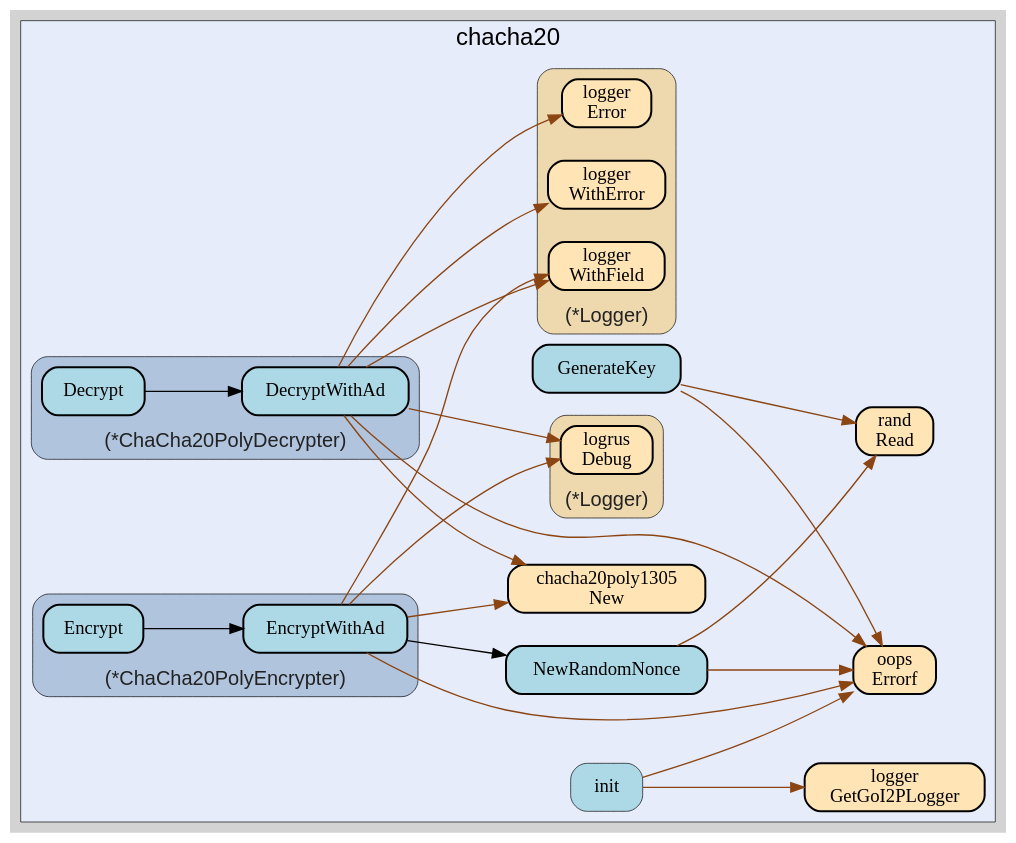
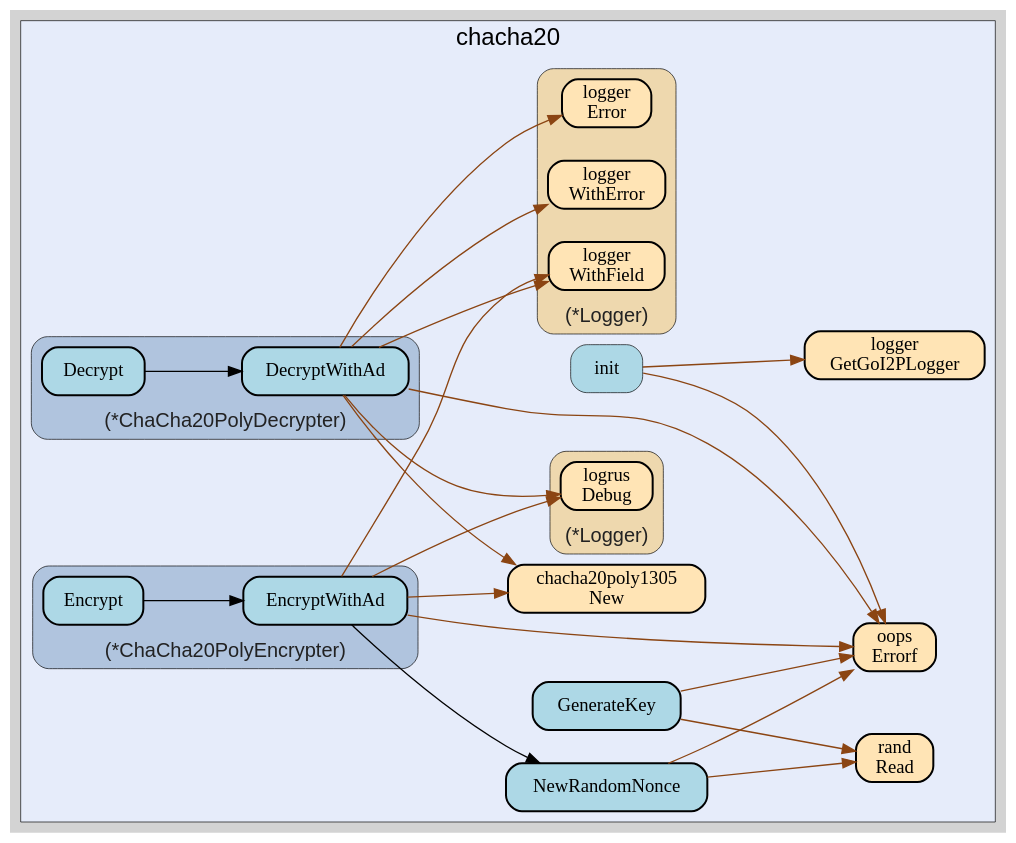
Before and after one commit to go-i2p/crypto: the diagram in chacha20/chacha20.gv, drawn with Graphviz. The commit also changed 35 other files, not shown here.

```diff
--- a/chacha20/chacha20.gv
+++ b/chacha20/chacha20.gv
@@ -14,99 +14,99 @@
     edge [minlen="2"]
 
     subgraph "cluster_focus" {
-        labeljust="c";
+        labelloc="t";
+labeljust="c";
 fontsize="18";
 bgcolor="#e6ecfa";
 label="chacha20";
-labelloc="t";
         
-        "github.com/go-i2p/crypto/chacha20.GenerateKey" [ fillcolor="lightblue" label="GenerateKey" penwidth="1.5" tooltip="github.com/go-i2p/crypto/chacha20.GenerateKey | defined in chacha20_key.go:10\nat chacha20_key.go:12: calling [github.com/go-i2p/crypto/rand.Read]\nat chacha20_key.go:14: calling [github.com/samber/oops.Errorf]" ]
+        "github.com/samber/oops.Errorf" [ label="oops\nErrorf" penwidth="1.5" tooltip="github.com/samber/oops.Errorf | defined in oops.go:34" fillcolor="moccasin" ]
+        "golang.org/x/crypto/chacha20poly1305.New" [ tooltip="golang.org/x/crypto/chacha20poly1305.New | defined in chacha20poly1305.go:40" fillcolor="moccasin" label="chacha20poly1305\nNew" penwidth="1.5" ]
+        "github.com/go-i2p/crypto/chacha20.init" [ label="init" penwidth="0.5" tooltip="github.com/go-i2p/crypto/chacha20.init | defined in .:0\nat constants.go:10: calling [github.com/go-i2p/logger.GetGoI2PLogger]\nat constants.go:23: calling [github.com/samber/oops.Errorf]\nat constants.go:24: calling [github.com/samber/oops.Errorf]\nat constants.go:25: calling [github.com/samber/oops.Errorf]\nat constants.go:26: calling [github.com/samber/oops.Errorf]\nat constants.go:27: calling [github.com/samber/oops.Errorf]" fillcolor="lightblue" ]
+        "github.com/go-i2p/logger.GetGoI2PLogger" [ label="logger\nGetGoI2PLogger" penwidth="1.5" tooltip="github.com/go-i2p/logger.GetGoI2PLogger | defined in log.go:120" fillcolor="moccasin" ]
+        "github.com/go-i2p/crypto/chacha20.NewRandomNonce" [ tooltip="github.com/go-i2p/crypto/chacha20.NewRandomNonce | defined in utils.go:11\nat utils.go:15: calling [github.com/samber/oops.Errorf]\nat utils.go:13: calling [github.com/go-i2p/crypto/rand.Read]" fillcolor="lightblue" label="NewRandomNonce" penwidth="1.5" ]
         "github.com/go-i2p/crypto/rand.Read" [ fillcolor="moccasin" label="rand\nRead" penwidth="1.5" tooltip="github.com/go-i2p/crypto/rand.Read | defined in secure_reader.go:150" ]
-        "github.com/samber/oops.Errorf" [ fillcolor="moccasin" label="oops\nErrorf" penwidth="1.5" tooltip="github.com/samber/oops.Errorf | defined in oops.go:34" ]
-        "golang.org/x/crypto/chacha20poly1305.New" [ fillcolor="moccasin" label="chacha20poly1305\nNew" penwidth="1.5" tooltip="golang.org/x/crypto/chacha20poly1305.New | defined in chacha20poly1305.go:40" ]
-        "github.com/go-i2p/crypto/chacha20.NewRandomNonce" [ fillcolor="lightblue" label="NewRandomNonce" penwidth="1.5" tooltip="github.com/go-i2p/crypto/chacha20.NewRandomNonce | defined in utils.go:11\nat utils.go:13: calling [github.com/go-i2p/crypto/rand.Read]\nat utils.go:15: calling [github.com/samber/oops.Errorf]" ]
-        "github.com/go-i2p/crypto/chacha20.init" [ tooltip="github.com/go-i2p/crypto/chacha20.init | defined in .:0\nat constants.go:10: calling [github.com/go-i2p/logger.GetGoI2PLogger]\nat constants.go:23: calling [github.com/samber/oops.Errorf]\nat constants.go:24: calling [github.com/samber/oops.Errorf]\nat constants.go:25: calling [github.com/samber/oops.Errorf]\nat constants.go:26: calling [github.com/samber/oops.Errorf]\nat constants.go:27: calling [github.com/samber/oops.Errorf]" fillcolor="lightblue" label="init" penwidth="0.5" ]
-        "github.com/go-i2p/logger.GetGoI2PLogger" [ fillcolor="moccasin" label="logger\nGetGoI2PLogger" penwidth="1.5" tooltip="github.com/go-i2p/logger.GetGoI2PLogger | defined in log.go:120" ]
+        "github.com/go-i2p/crypto/chacha20.GenerateKey" [ tooltip="github.com/go-i2p/crypto/chacha20.GenerateKey | defined in chacha20_key.go:10\nat chacha20_key.go:12: calling [github.com/go-i2p/crypto/rand.Read]\nat chacha20_key.go:14: calling [github.com/samber/oops.Errorf]" fillcolor="lightblue" label="GenerateKey" penwidth="1.5" ]
         
         subgraph "cluster_*github.com/go-i2p/crypto/chacha20.ChaCha20PolyDecrypter" {
-        penwidth="0.5";
-fontcolor="#222222";
+        fontsize="15";
 labelloc="b";
+style="rounded,filled";
 fillcolor="lightsteelblue";
 tooltip="type: *github.com/go-i2p/crypto/chacha20.ChaCha20PolyDecrypter";
-fontsize="15";
-style="rounded,filled";
+penwidth="0.5";
+fontcolor="#222222";
 label="(*ChaCha20PolyDecrypter)";
         
-        "(*github.com/go-i2p/crypto/chacha20.ChaCha20PolyDecrypter).DecryptWithAd" [ fillcolor="lightblue" label="DecryptWithAd" penwidth="1.5" tooltip="(*github.com/go-i2p/crypto/chacha20.ChaCha20PolyDecrypter).DecryptWithAd | defined in chacha20_decrypter.go:20\nat chacha20_decrypter.go:21: calling [(*github.com/sirupsen/logrus.Logger).Debug]\nat chacha20_decrypter.go:45: calling [(*github.com/sirupsen/logrus.Logger).Debug]\nat chacha20_decrypter.go:25: calling [github.com/samber/oops.Errorf]\nat chacha20_decrypter.go:31: calling [github.com/samber/oops.Errorf]\nat chacha20_decrypter.go:41: calling [(*github.com/go-i2p/logger.Logger).Error]\nat chacha20_decrypter.go:21: calling [(*github.com/go-i2p/logger.Logger).WithField]\nat chacha20_decrypter.go:45: calling [(*github.com/go-i2p/logger.Logger).WithField]\nat chacha20_decrypter.go:29: calling [golang.org/x/crypto/chacha20poly1305.New]\nat chacha20_decrypter.go:41: calling [(*github.com/go-i2p/logger.Logger).WithError]" ]
+        "(*github.com/go-i2p/crypto/chacha20.ChaCha20PolyDecrypter).DecryptWithAd" [ tooltip="(*github.com/go-i2p/crypto/chacha20.ChaCha20PolyDecrypter).DecryptWithAd | defined in chacha20_decrypter.go:20\nat chacha20_decrypter.go:21: calling [(*github.com/go-i2p/logger.Logger).WithField]\nat chacha20_decrypter.go:45: calling [(*github.com/go-i2p/logger.Logger).WithField]\nat chacha20_decrypter.go:21: calling [(*github.com/sirupsen/logrus.Logger).Debug]\nat chacha20_decrypter.go:45: calling [(*github.com/sirupsen/logrus.Logger).Debug]\nat chacha20_decrypter.go:29: calling [golang.org/x/crypto/chacha20poly1305.New]\nat chacha20_decrypter.go:41: calling [(*github.com/go-i2p/logger.Logger).Error]\nat chacha20_decrypter.go:25: calling [github.com/samber/oops.Errorf]\nat chacha20_decrypter.go:31: calling [github.com/samber/oops.Errorf]\nat chacha20_decrypter.go:41: calling [(*github.com/go-i2p/logger.Logger).WithError]" fillcolor="lightblue" label="DecryptWithAd" penwidth="1.5" ]
         "(*github.com/go-i2p/crypto/chacha20.ChaCha20PolyDecrypter).Decrypt" [ fillcolor="lightblue" label="Decrypt" penwidth="1.5" tooltip="(*github.com/go-i2p/crypto/chacha20.ChaCha20PolyDecrypter).Decrypt | defined in chacha20_decrypter.go:15\nat chacha20_decrypter.go:16: calling [(*github.com/go-i2p/crypto/chacha20.ChaCha20PolyDecrypter).DecryptWithAd]" ]
         
     }
 
         subgraph "cluster_*github.com/go-i2p/crypto/chacha20.ChaCha20PolyEncrypter" {
-        fontcolor="#222222";
-labelloc="b";
-style="rounded,filled";
-fillcolor="lightsteelblue";
+        style="rounded,filled";
 label="(*ChaCha20PolyEncrypter)";
 penwidth="0.5";
 fontsize="15";
+fontcolor="#222222";
+labelloc="b";
+fillcolor="lightsteelblue";
 tooltip="type: *github.com/go-i2p/crypto/chacha20.ChaCha20PolyEncrypter";
         
-        "(*github.com/go-i2p/crypto/chacha20.ChaCha20PolyEncrypter).EncryptWithAd" [ tooltip="(*github.com/go-i2p/crypto/chacha20.ChaCha20PolyEncrypter).EncryptWithAd | defined in chacha20_encrypter.go:21\nat chacha20_encrypter.go:25: calling [golang.org/x/crypto/chacha20poly1305.New]\nat chacha20_encrypter.go:27: calling [github.com/samber/oops.Errorf]\nat chacha20_encrypter.go:22: calling [(*github.com/go-i2p/logger.Logger).WithField]\nat chacha20_encrypter.go:44: calling [(*github.com/go-i2p/logger.Logger).WithField]\nat chacha20_encrypter.go:22: calling [(*github.com/sirupsen/logrus.Logger).Debug]\nat chacha20_encrypter.go:44: calling [(*github.com/sirupsen/logrus.Logger).Debug]\nat chacha20_encrypter.go:31: calling [github.com/go-i2p/crypto/chacha20.NewRandomNonce]" fillcolor="lightblue" label="EncryptWithAd" penwidth="1.5" ]
+        "(*github.com/go-i2p/crypto/chacha20.ChaCha20PolyEncrypter).EncryptWithAd" [ fillcolor="lightblue" label="EncryptWithAd" penwidth="1.5" tooltip="(*github.com/go-i2p/crypto/chacha20.ChaCha20PolyEncrypter).EncryptWithAd | defined in chacha20_encrypter.go:21\nat chacha20_encrypter.go:27: calling [github.com/samber/oops.Errorf]\nat chacha20_encrypter.go:22: calling [(*github.com/sirupsen/logrus.Logger).Debug]\nat chacha20_encrypter.go:44: calling [(*github.com/sirupsen/logrus.Logger).Debug]\nat chacha20_encrypter.go:25: calling [golang.org/x/crypto/chacha20poly1305.New]\nat chacha20_encrypter.go:22: calling [(*github.com/go-i2p/logger.Logger).WithField]\nat chacha20_encrypter.go:44: calling [(*github.com/go-i2p/logger.Logger).WithField]\nat chacha20_encrypter.go:31: calling [github.com/go-i2p/crypto/chacha20.NewRandomNonce]" ]
         "(*github.com/go-i2p/crypto/chacha20.ChaCha20PolyEncrypter).Encrypt" [ tooltip="(*github.com/go-i2p/crypto/chacha20.ChaCha20PolyEncrypter).Encrypt | defined in chacha20_encrypter.go:15\nat chacha20_encrypter.go:16: calling [(*github.com/go-i2p/crypto/chacha20.ChaCha20PolyEncrypter).EncryptWithAd]" fillcolor="lightblue" label="Encrypt" penwidth="1.5" ]
         
     }
 
         subgraph "cluster_*github.com/go-i2p/logger.Logger" {
-        fontsize="15";
+        penwidth="0.5";
+fontsize="15";
 fontcolor="#222222";
 labelloc="b";
 style="rounded,filled";
 fillcolor="wheat2";
 label="(*Logger)";
 tooltip="type: *github.com/go-i2p/logger.Logger";
-penwidth="0.5";
         
-        "(*github.com/go-i2p/logger.Logger).WithField" [ penwidth="1.5" tooltip="(*github.com/go-i2p/logger.Logger).WithField | defined in log.go:54" fillcolor="moccasin" label="logger\nWithField" ]
-        "(*github.com/go-i2p/logger.Logger).WithError" [ fillcolor="moccasin" label="logger\nWithError" penwidth="1.5" tooltip="(*github.com/go-i2p/logger.Logger).WithError | defined in log.go:66" ]
+        "(*github.com/go-i2p/logger.Logger).WithField" [ fillcolor="moccasin" label="logger\nWithField" penwidth="1.5" tooltip="(*github.com/go-i2p/logger.Logger).WithField | defined in log.go:54" ]
+        "(*github.com/go-i2p/logger.Logger).WithError" [ label="logger\nWithError" penwidth="1.5" tooltip="(*github.com/go-i2p/logger.Logger).WithError | defined in log.go:66" fillcolor="moccasin" ]
         "(*github.com/go-i2p/logger.Logger).Error" [ penwidth="1.5" tooltip="(*github.com/go-i2p/logger.Logger).Error | defined in log.go:42" fillcolor="moccasin" label="logger\nError" ]
         
     }
 
         subgraph "cluster_*github.com/sirupsen/logrus.Logger" {
-        fontsize="15";
+        tooltip="type: *github.com/sirupsen/logrus.Logger";
+penwidth="0.5";
+fontsize="15";
 fontcolor="#222222";
 labelloc="b";
 style="rounded,filled";
 fillcolor="wheat2";
 label="(*Logger)";
-tooltip="type: *github.com/sirupsen/logrus.Logger";
-penwidth="0.5";
         
-        "(*github.com/sirupsen/logrus.Logger).Debug" [ fillcolor="moccasin" label="logrus\nDebug" penwidth="1.5" tooltip="(*github.com/sirupsen/logrus.Logger).Debug | defined in logger.go:221" ]
+        "(*github.com/sirupsen/logrus.Logger).Debug" [ penwidth="1.5" tooltip="(*github.com/sirupsen/logrus.Logger).Debug | defined in logger.go:221" fillcolor="moccasin" label="logrus\nDebug" ]
         
     }
 
     }
 
-    "github.com/go-i2p/crypto/chacha20.GenerateKey" -> "github.com/go-i2p/crypto/rand.Read" [ color="saddlebrown" tooltip="at chacha20_key.go:12: calling [github.com/go-i2p/crypto/rand.Read]" ]
+    "(*github.com/go-i2p/crypto/chacha20.ChaCha20PolyDecrypter).DecryptWithAd" -> "(*github.com/go-i2p/logger.Logger).WithField" [ tooltip="at chacha20_decrypter.go:21: calling [(*github.com/go-i2p/logger.Logger).WithField]\nat chacha20_decrypter.go:45: calling [(*github.com/go-i2p/logger.Logger).WithField]" color="saddlebrown" ]
     "(*github.com/go-i2p/crypto/chacha20.ChaCha20PolyDecrypter).DecryptWithAd" -> "(*github.com/sirupsen/logrus.Logger).Debug" [ color="saddlebrown" tooltip="at chacha20_decrypter.go:21: calling [(*github.com/sirupsen/logrus.Logger).Debug]\nat chacha20_decrypter.go:45: calling [(*github.com/sirupsen/logrus.Logger).Debug]" ]
-    "(*github.com/go-i2p/crypto/chacha20.ChaCha20PolyDecrypter).DecryptWithAd" -> "github.com/samber/oops.Errorf" [ color="saddlebrown" tooltip="at chacha20_decrypter.go:25: calling [github.com/samber/oops.Errorf]\nat chacha20_decrypter.go:31: calling [github.com/samber/oops.Errorf]" ]
-    "(*github.com/go-i2p/crypto/chacha20.ChaCha20PolyEncrypter).EncryptWithAd" -> "golang.org/x/crypto/chacha20poly1305.New" [ color="saddlebrown" tooltip="at chacha20_encrypter.go:25: calling [golang.org/x/crypto/chacha20poly1305.New]" ]
-    "github.com/go-i2p/crypto/chacha20.NewRandomNonce" -> "github.com/go-i2p/crypto/rand.Read" [ color="saddlebrown" tooltip="at utils.go:13: calling [github.com/go-i2p/crypto/rand.Read]" ]
+    "(*github.com/go-i2p/crypto/chacha20.ChaCha20PolyDecrypter).DecryptWithAd" -> "golang.org/x/crypto/chacha20poly1305.New" [ color="saddlebrown" tooltip="at chacha20_decrypter.go:29: calling [golang.org/x/crypto/chacha20poly1305.New]" ]
     "(*github.com/go-i2p/crypto/chacha20.ChaCha20PolyDecrypter).DecryptWithAd" -> "(*github.com/go-i2p/logger.Logger).Error" [ color="saddlebrown" tooltip="at chacha20_decrypter.go:41: calling [(*github.com/go-i2p/logger.Logger).Error]" ]
-    "(*github.com/go-i2p/crypto/chacha20.ChaCha20PolyEncrypter).Encrypt" -> "(*github.com/go-i2p/crypto/chacha20.ChaCha20PolyEncrypter).EncryptWithAd" [ tooltip="at chacha20_encrypter.go:16: calling [(*github.com/go-i2p/crypto/chacha20.ChaCha20PolyEncrypter).EncryptWithAd]" ]
-    "github.com/go-i2p/crypto/chacha20.GenerateKey" -> "github.com/samber/oops.Errorf" [ tooltip="at chacha20_key.go:14: calling [github.com/samber/oops.Errorf]" color="saddlebrown" ]
     "(*github.com/go-i2p/crypto/chacha20.ChaCha20PolyEncrypter).EncryptWithAd" -> "github.com/samber/oops.Errorf" [ color="saddlebrown" tooltip="at chacha20_encrypter.go:27: calling [github.com/samber/oops.Errorf]" ]
     "github.com/go-i2p/crypto/chacha20.NewRandomNonce" -> "github.com/samber/oops.Errorf" [ color="saddlebrown" tooltip="at utils.go:15: calling [github.com/samber/oops.Errorf]" ]
+    "github.com/go-i2p/crypto/chacha20.GenerateKey" -> "github.com/go-i2p/crypto/rand.Read" [ color="saddlebrown" tooltip="at chacha20_key.go:12: calling [github.com/go-i2p/crypto/rand.Read]" ]
+    "(*github.com/go-i2p/crypto/chacha20.ChaCha20PolyDecrypter).DecryptWithAd" -> "github.com/samber/oops.Errorf" [ color="saddlebrown" tooltip="at chacha20_decrypter.go:25: calling [github.com/samber/oops.Errorf]\nat chacha20_decrypter.go:31: calling [github.com/samber/oops.Errorf]" ]
+    "(*github.com/go-i2p/crypto/chacha20.ChaCha20PolyDecrypter).Decrypt" -> "(*github.com/go-i2p/crypto/chacha20.ChaCha20PolyDecrypter).DecryptWithAd" [ tooltip="at chacha20_decrypter.go:16: calling [(*github.com/go-i2p/crypto/chacha20.ChaCha20PolyDecrypter).DecryptWithAd]" ]
+    "(*github.com/go-i2p/crypto/chacha20.ChaCha20PolyEncrypter).EncryptWithAd" -> "(*github.com/sirupsen/logrus.Logger).Debug" [ color="saddlebrown" tooltip="at chacha20_encrypter.go:22: calling [(*github.com/sirupsen/logrus.Logger).Debug]\nat chacha20_encrypter.go:44: calling [(*github.com/sirupsen/logrus.Logger).Debug]" ]
+    "(*github.com/go-i2p/crypto/chacha20.ChaCha20PolyEncrypter).EncryptWithAd" -> "golang.org/x/crypto/chacha20poly1305.New" [ color="saddlebrown" tooltip="at chacha20_encrypter.go:25: calling [golang.org/x/crypto/chacha20poly1305.New]" ]
+    "github.com/go-i2p/crypto/chacha20.GenerateKey" -> "github.com/samber/oops.Errorf" [ color="saddlebrown" tooltip="at chacha20_key.go:14: calling [github.com/samber/oops.Errorf]" ]
+    "(*github.com/go-i2p/crypto/chacha20.ChaCha20PolyDecrypter).DecryptWithAd" -> "(*github.com/go-i2p/logger.Logger).WithError" [ tooltip="at chacha20_decrypter.go:41: calling [(*github.com/go-i2p/logger.Logger).WithError]" color="saddlebrown" ]
     "github.com/go-i2p/crypto/chacha20.init" -> "github.com/go-i2p/logger.GetGoI2PLogger" [ color="saddlebrown" tooltip="at constants.go:10: calling [github.com/go-i2p/logger.GetGoI2PLogger]" ]
-    "github.com/go-i2p/crypto/chacha20.init" -> "github.com/samber/oops.Errorf" [ tooltip="at constants.go:23: calling [github.com/samber/oops.Errorf]\nat constants.go:24: calling [github.com/samber/oops.Errorf]\nat constants.go:25: calling [github.com/samber/oops.Errorf]\nat constants.go:26: calling [github.com/samber/oops.Errorf]\nat constants.go:27: calling [github.com/samber/oops.Errorf]" color="saddlebrown" ]
-    "(*github.com/go-i2p/crypto/chacha20.ChaCha20PolyDecrypter).DecryptWithAd" -> "(*github.com/go-i2p/logger.Logger).WithField" [ color="saddlebrown" tooltip="at chacha20_decrypter.go:21: calling [(*github.com/go-i2p/logger.Logger).WithField]\nat chacha20_decrypter.go:45: calling [(*github.com/go-i2p/logger.Logger).WithField]" ]
-    "(*github.com/go-i2p/crypto/chacha20.ChaCha20PolyDecrypter).DecryptWithAd" -> "golang.org/x/crypto/chacha20poly1305.New" [ color="saddlebrown" tooltip="at chacha20_decrypter.go:29: calling [golang.org/x/crypto/chacha20poly1305.New]" ]
-    "(*github.com/go-i2p/crypto/chacha20.ChaCha20PolyDecrypter).DecryptWithAd" -> "(*github.com/go-i2p/logger.Logger).WithError" [ color="saddlebrown" tooltip="at chacha20_decrypter.go:41: calling [(*github.com/go-i2p/logger.Logger).WithError]" ]
-    "(*github.com/go-i2p/crypto/chacha20.ChaCha20PolyDecrypter).Decrypt" -> "(*github.com/go-i2p/crypto/chacha20.ChaCha20PolyDecrypter).DecryptWithAd" [ tooltip="at chacha20_decrypter.go:16: calling [(*github.com/go-i2p/crypto/chacha20.ChaCha20PolyDecrypter).DecryptWithAd]" ]
+    "github.com/go-i2p/crypto/chacha20.init" -> "github.com/samber/oops.Errorf" [ color="saddlebrown" tooltip="at constants.go:23: calling [github.com/samber/oops.Errorf]\nat constants.go:24: calling [github.com/samber/oops.Errorf]\nat constants.go:25: calling [github.com/samber/oops.Errorf]\nat constants.go:26: calling [github.com/samber/oops.Errorf]\nat constants.go:27: calling [github.com/samber/oops.Errorf]" ]
     "(*github.com/go-i2p/crypto/chacha20.ChaCha20PolyEncrypter).EncryptWithAd" -> "(*github.com/go-i2p/logger.Logger).WithField" [ color="saddlebrown" tooltip="at chacha20_encrypter.go:22: calling [(*github.com/go-i2p/logger.Logger).WithField]\nat chacha20_encrypter.go:44: calling [(*github.com/go-i2p/logger.Logger).WithField]" ]
-    "(*github.com/go-i2p/crypto/chacha20.ChaCha20PolyEncrypter).EncryptWithAd" -> "(*github.com/sirupsen/logrus.Logger).Debug" [ color="saddlebrown" tooltip="at chacha20_encrypter.go:22: calling [(*github.com/sirupsen/logrus.Logger).Debug]\nat chacha20_encrypter.go:44: calling [(*github.com/sirupsen/logrus.Logger).Debug]" ]
+    "(*github.com/go-i2p/crypto/chacha20.ChaCha20PolyEncrypter).Encrypt" -> "(*github.com/go-i2p/crypto/chacha20.ChaCha20PolyEncrypter).EncryptWithAd" [ tooltip="at chacha20_encrypter.go:16: calling [(*github.com/go-i2p/crypto/chacha20.ChaCha20PolyEncrypter).EncryptWithAd]" ]
+    "github.com/go-i2p/crypto/chacha20.NewRandomNonce" -> "github.com/go-i2p/crypto/rand.Read" [ color="saddlebrown" tooltip="at utils.go:13: calling [github.com/go-i2p/crypto/rand.Read]" ]
     "(*github.com/go-i2p/crypto/chacha20.ChaCha20PolyEncrypter).EncryptWithAd" -> "github.com/go-i2p/crypto/chacha20.NewRandomNonce" [ tooltip="at chacha20_encrypter.go:31: calling [github.com/go-i2p/crypto/chacha20.NewRandomNonce]" ]
 }
```
